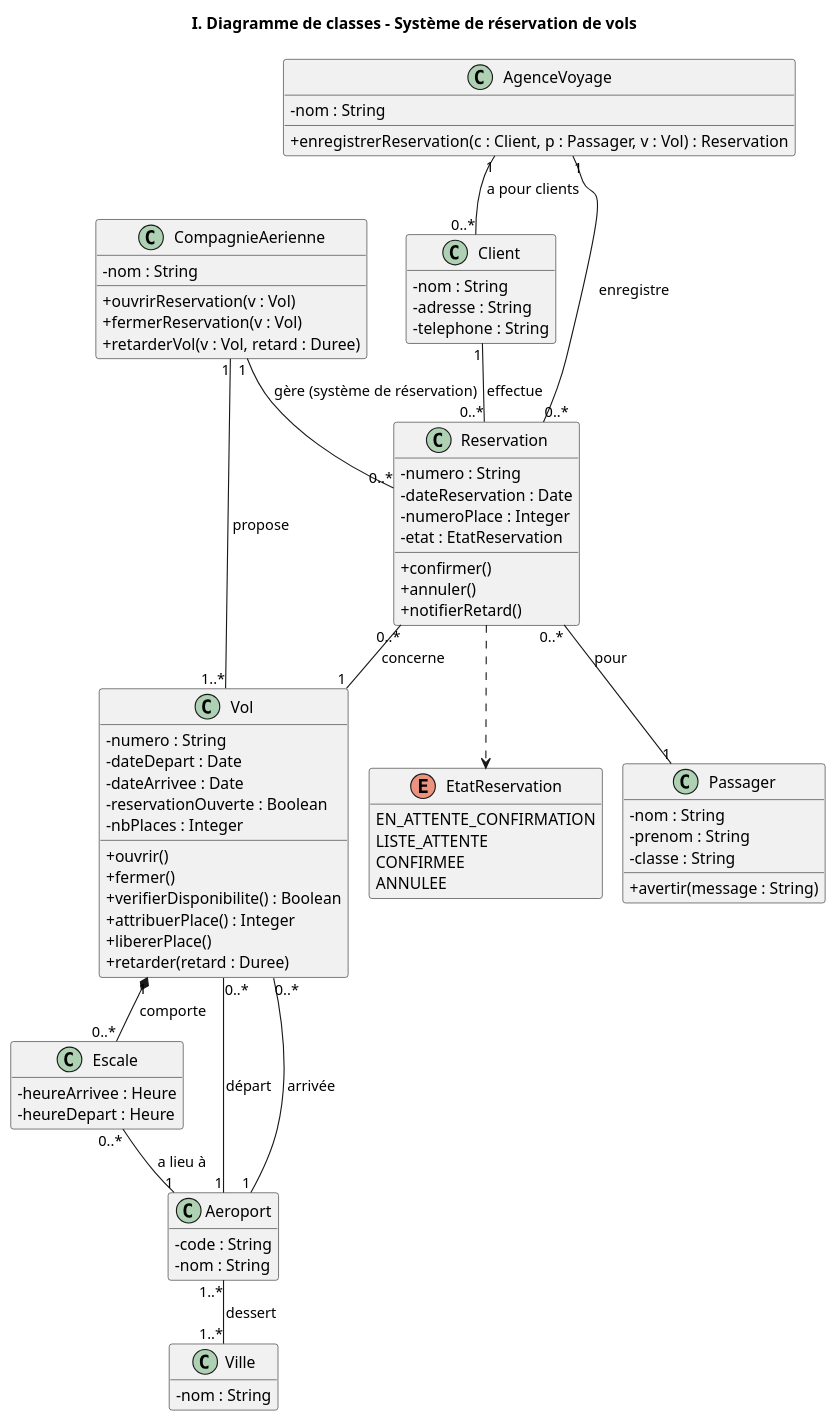
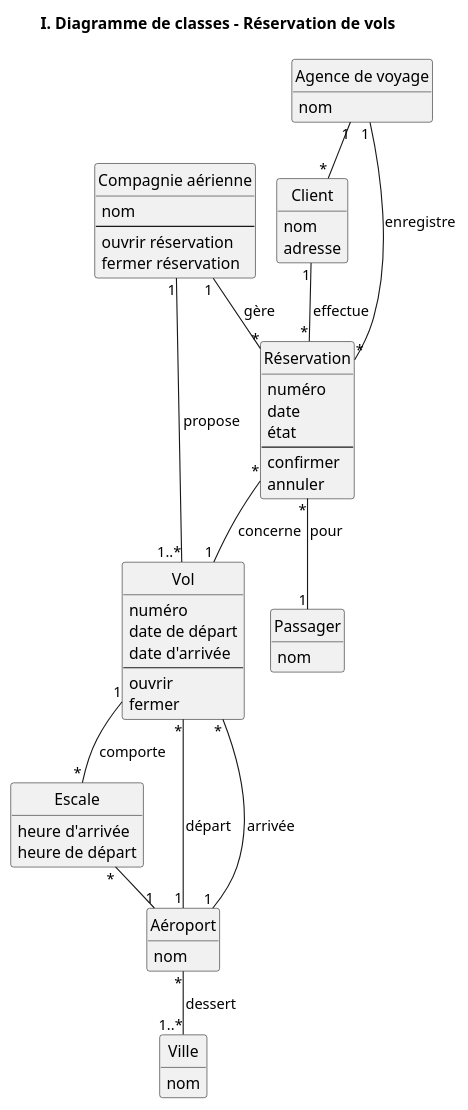
Before and after one commit to BambaXYZ/TP-C: the diagram in TD1-UML/src/1_diagramme_classes.puml, drawn with PlantUML. The commit also changed 12 other files, not shown here.

First line of the commit message:
TD1 UML : noms simples directement sur les diagrammes

```diff
--- a/TD1-UML/src/1_diagramme_classes.puml
+++ b/TD1-UML/src/1_diagramme_classes.puml
@@ -1,90 +1,63 @@
 @startuml diagramme_classes
 !pragma layout smetana
-title I. Diagramme de classes - Système de réservation de vols
+title I. Diagramme de classes - Réservation de vols
 skinparam classAttributeIconSize 0
 hide empty members
+hide circle
 
-enum EtatReservation {
-  EN_ATTENTE_CONFIRMATION
-  LISTE_ATTENTE
-  CONFIRMEE
-  ANNULEE
+class "Compagnie aérienne" as Compagnie {
+  nom
+  --
+  ouvrir réservation
+  fermer réservation
+}
+class Vol {
+  numéro
+  date de départ
+  date d'arrivée
+  --
+  ouvrir
+  fermer
+}
+class Escale {
+  heure d'arrivée
+  heure de départ
+}
+class "Aéroport" as Aeroport {
+  nom
+}
+class Ville {
+  nom
+}
+class "Agence de voyage" as Agence {
+  nom
+}
+class Client {
+  nom
+  adresse
+}
+class Passager {
+  nom
+}
+class "Réservation" as Reservation {
+  numéro
+  date
+  état
+  --
+  confirmer
+  annuler
 }
 
-class CompagnieAerienne {
-  - nom : String
-  + ouvrirReservation(v : Vol)
-  + fermerReservation(v : Vol)
-  + retarderVol(v : Vol, retard : Duree)
-}
-
-class Vol {
-  - numero : String
-  - dateDepart : Date
-  - dateArrivee : Date
-  - reservationOuverte : Boolean
-  - nbPlaces : Integer
-  + ouvrir()
-  + fermer()
-  + verifierDisponibilite() : Boolean
-  + attribuerPlace() : Integer
-  + libererPlace()
-  + retarder(retard : Duree)
-}
-
-class Escale {
-  - heureArrivee : Heure
-  - heureDepart : Heure
-}
-
-class Aeroport {
-  - code : String
-  - nom : String
-}
-
-class Ville {
-  - nom : String
-}
-
-class AgenceVoyage {
-  - nom : String
-  + enregistrerReservation(c : Client, p : Passager, v : Vol) : Reservation
-}
-
-class Client {
-  - nom : String
-  - adresse : String
-  - telephone : String
-}
-
-class Passager {
-  - nom : String
-  - prenom : String
-  - classe : String
-  + avertir(message : String)
-}
-
-class Reservation {
-  - numero : String
-  - dateReservation : Date
-  - numeroPlace : Integer
-  - etat : EtatReservation
-  + confirmer()
-  + annuler()
-  + notifierRetard()
-}
-
-CompagnieAerienne "1" -- "1..*" Vol : propose >
-CompagnieAerienne "1" -- "0..*" Reservation : gère (système de réservation) >
-Vol "0..*" -- "1" Aeroport : départ >
-Vol "0..*" -- "1" Aeroport : arrivée >
-Vol "1" *-- "0..*" Escale : comporte >
-Escale "0..*" -- "1" Aeroport : a lieu à >
-Aeroport "1..*" -- "1..*" Ville : dessert >
-AgenceVoyage "1" -- "0..*" Reservation : enregistre >
-AgenceVoyage "1" -- "0..*" Client : a pour clients >
-Client "1" -- "0..*" Reservation : effectue >
-Reservation "0..*" -- "1" Vol : concerne >
-Reservation "0..*" -- "1" Passager : pour >
-Reservation ..> EtatReservation
+Compagnie "1" -- "1..*" Vol : propose
+Compagnie "1" -- "*" Reservation : gère
+Vol "*" -- "1" Aeroport : départ
+Vol "*" -- "1" Aeroport : arrivée
+Vol "1" -- "*" Escale : comporte
+Escale "*" -- "1" Aeroport
+Aeroport "*" -- "1..*" Ville : dessert
+Agence "1" -- "*" Reservation : enregistre
+Agence "1" -- "*" Client
+Client "1" -- "*" Reservation : effectue
+Reservation "*" -- "1" Vol : concerne
+Reservation "*" -- "1" Passager : pour
 @enduml
```
